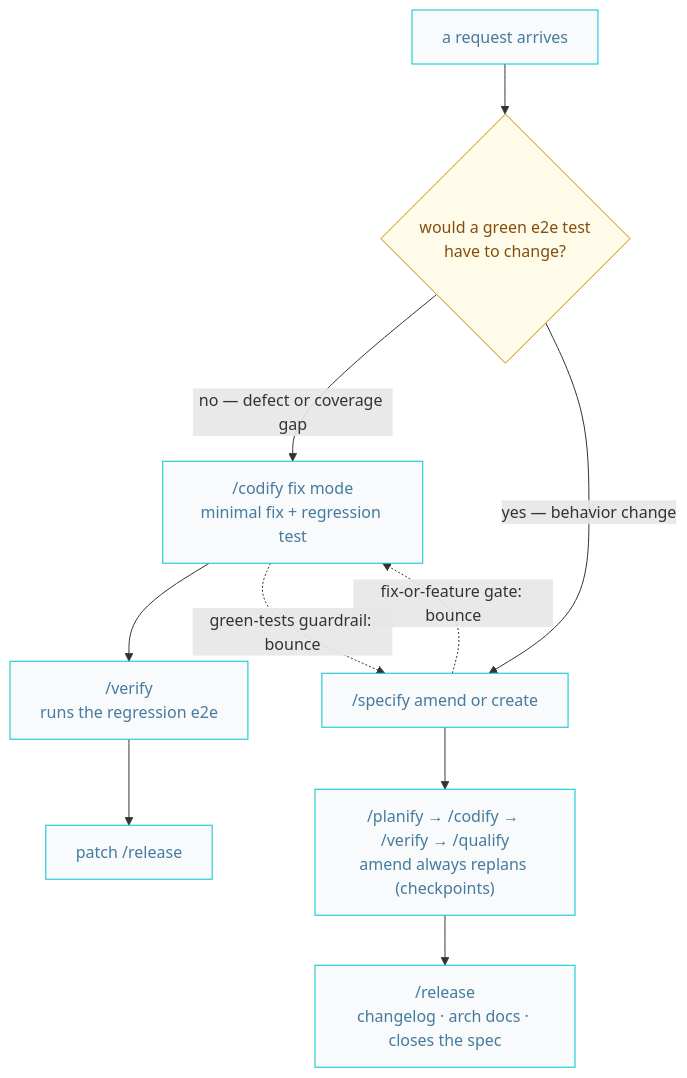
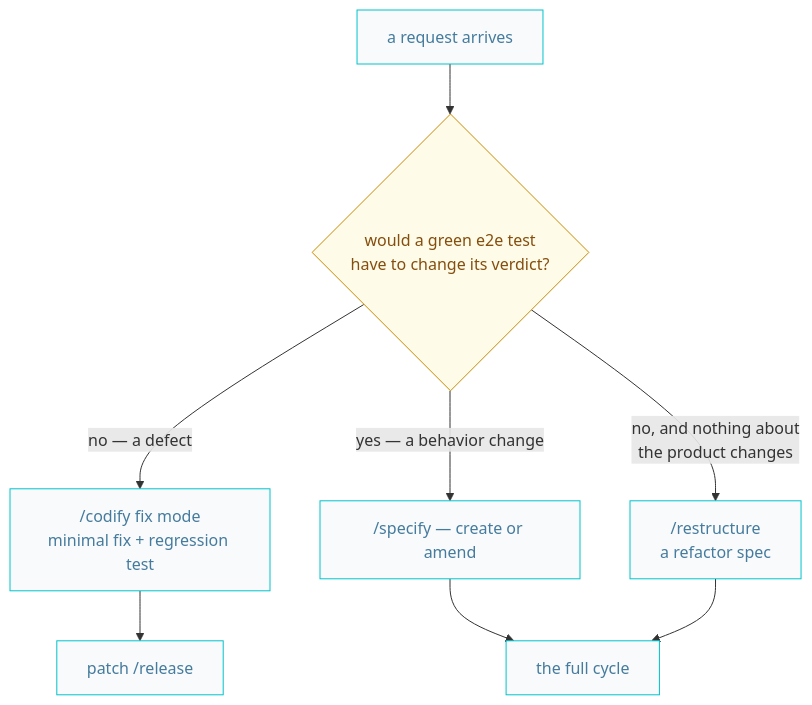
One commit to AIDDbot/AIDDbot changed the fourth of 5 diagrams in docs/AIDD.workflow.md. Above: the diagram before and after it, drawn with Mermaid. The commit also changed other lines of this file and 1 other file, not shown here.

````diff
--- a/docs/AIDD.workflow.md
+++ b/docs/AIDD.workflow.md
@@ -257,18 +114,16 @@
 ```mermaid
 flowchart TD
   classDef nd fill:#f8fafc,stroke:#00c4cc,color:#457b9d
   classDef q fill:#fefce8,stroke:#ca8a04,color:#854d0e
 
-  REQ["a request arrives"]:::nd --> Q{"would a green e2e test<br/>have to change?"}:::q
+  REQ["a request arrives"]:::nd --> Q{"would a green e2e test<br/>have to change its verdict?"}:::q
 
-  Q -->|"no — defect or coverage gap"| FIX["/codify fix mode<br/>minimal fix + regression test"]:::nd
-  FIX --> VER["/verify<br/>runs the regression e2e"]:::nd
-  VER --> PREL["patch /release"]:::nd
+  Q -->|"no — a defect"| FIX["/codify fix mode<br/>minimal fix + regression test"]:::nd
+  FIX --> PREL["patch /release"]:::nd
 
-  Q -->|"yes — behavior change"| SPEC["/specify amend or create"]:::nd
-  SPEC --> PIPE["/planify → /codify → /verify → /qualify<br/>amend always replans (checkpoints)"]:::nd
-  PIPE --> MREL["/release<br/>changelog · arch docs · closes the spec"]:::nd
+  Q -->|"yes — a behavior change"| SPEC["/specify — create or amend"]:::nd
+  SPEC --> PIPE["the full cycle"]:::nd
 
-  SPEC -.fix-or-feature gate: bounce.-> FIX
-  FIX -.green-tests guardrail: bounce.-> SPEC
+  Q -->|"no, and nothing about<br/>the product changes"| REF["/restructure<br/>a refactor spec"]:::nd
+  REF --> PIPE
 ```
````
